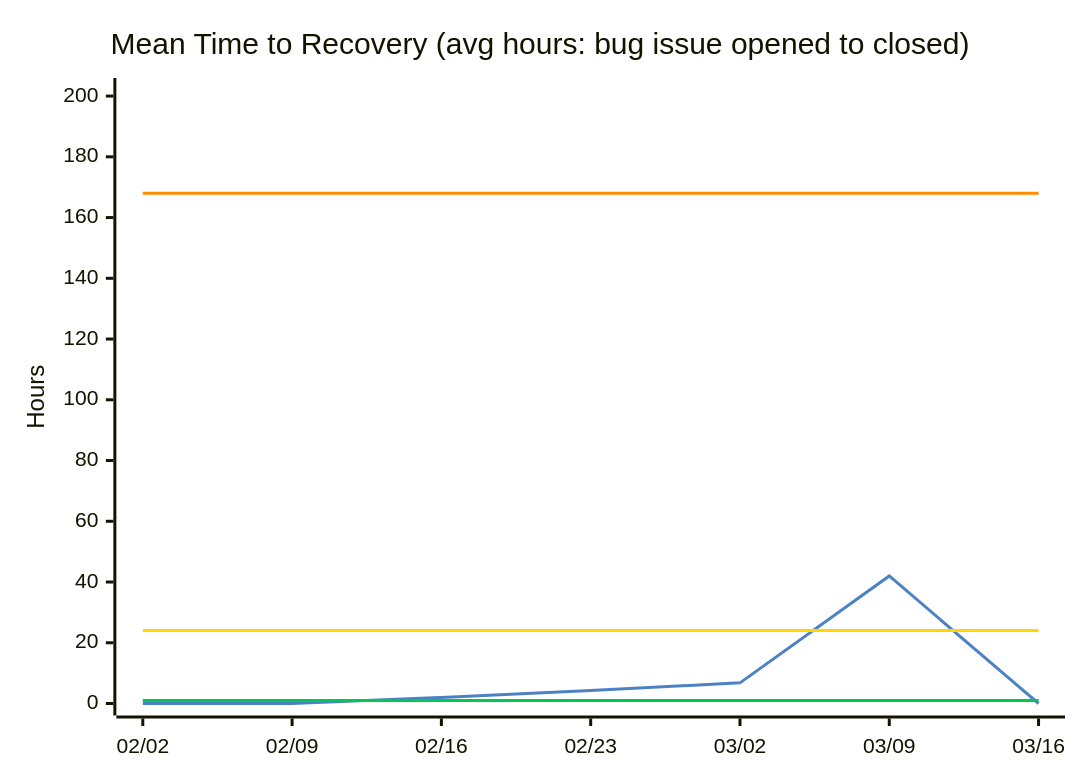
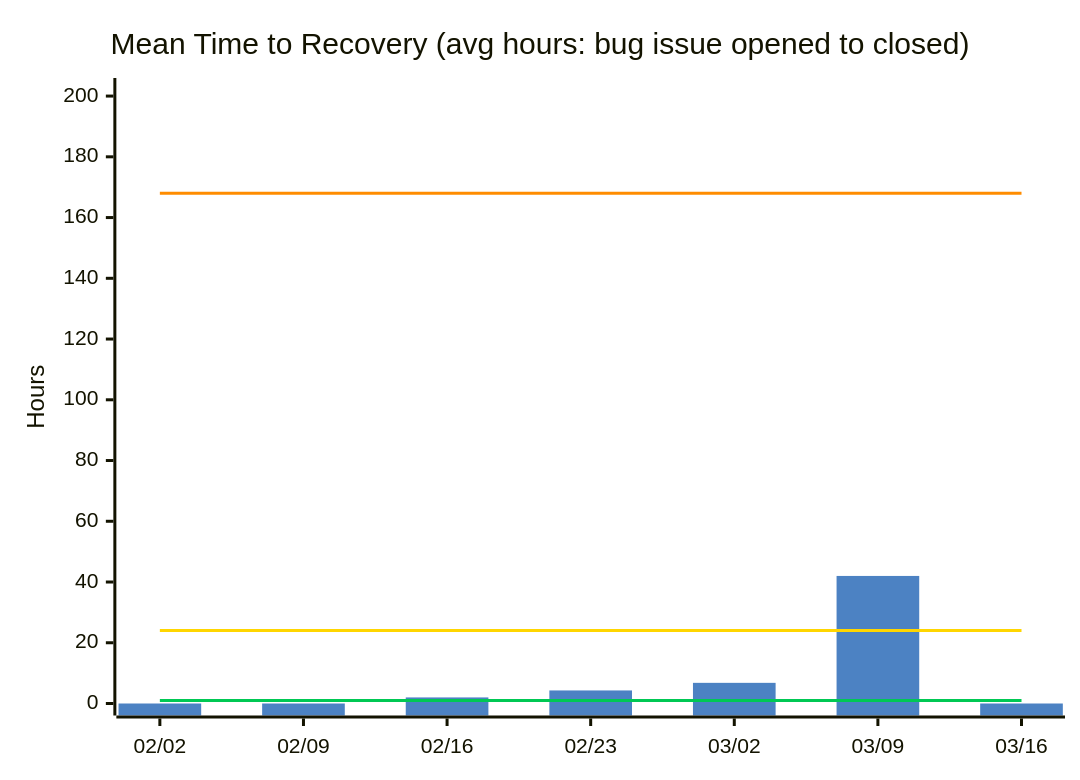
Before and after one commit to nablarch/nabledge-dev: the fourth of 11 diagrams in docs/metrics.md, drawn with Mermaid. The commit also changed other lines of this file and 1 other file, not shown here.

Commit message:
experiment: use bar for all DORA charts to distinguish data from threshold lines

````diff
--- a/docs/metrics.md
+++ b/docs/metrics.md
@@ -45,11 +45,11 @@
 ```mermaid
 %%{init: {'theme': 'base', 'themeVariables': {'xyChart': {'plotColorPalette': '#4C82C3,#00C853,#FFD600,#FF8C00'}}}}%%
 xychart-beta
   title "Mean Time to Recovery (avg hours: bug issue opened to closed)"
   x-axis ["02/02", "02/09", "02/16", "02/23", "03/02", "03/09", "03/16"]
   y-axis "Hours" 0 --> 202
-  line [0, 0, 2, 4.3, 6.8, 42, 0]
+  bar [0, 0, 2, 4.3, 6.8, 42, 0]
   line [1, 1, 1, 1, 1, 1, 1]
   line [24, 24, 24, 24, 24, 24, 24]
   line [168, 168, 168, 168, 168, 168, 168]
 ```
````
